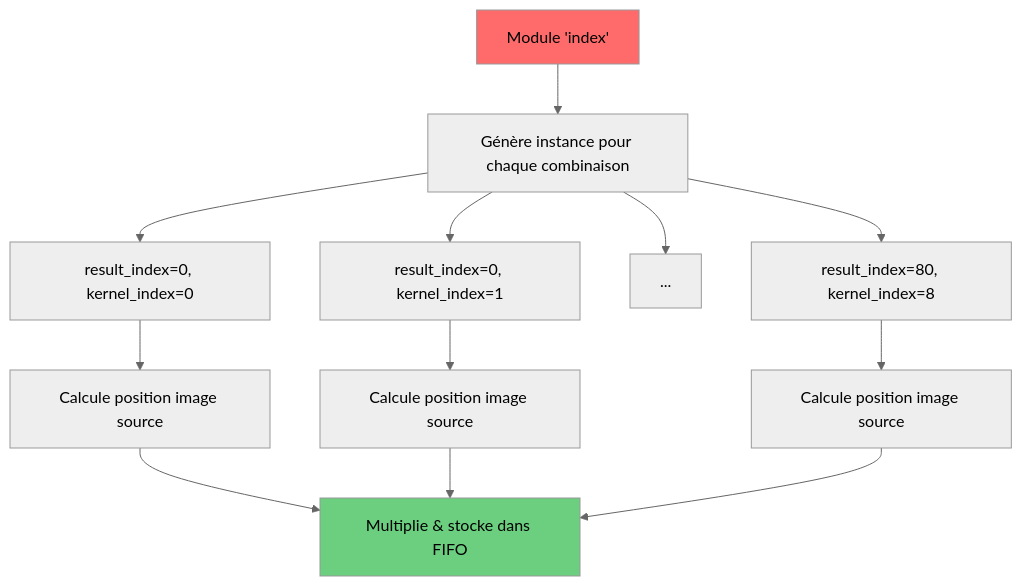
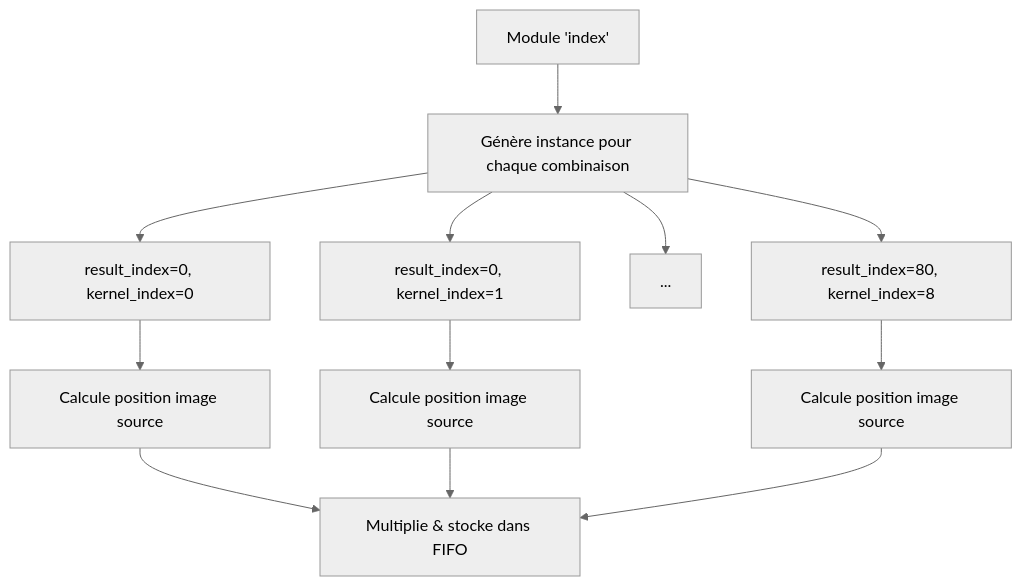
Before and after one commit to jalcim/logilib: diagram 13 of 14 in src/tensor/README_FR.md, drawn with Mermaid (neutral theme). The commit also changed other lines of this file and 1 other file, not shown here.

````diff
--- a/src/tensor/README_FR.md
+++ b/src/tensor/README_FR.md
@@ -341,19 +305,17 @@
 ```mermaid
 graph TD
     A[Module 'index'] --> B[Génère instance pour chaque combinaison]
     B --> C[result_index=0, kernel_index=0]
     B --> D[result_index=0, kernel_index=1]
     B --> E[...]
     B --> F[result_index=80, kernel_index=8]
 
     C --> G[Calcule position image source]
     D --> H[Calcule position image source]
     F --> I[Calcule position image source]
 
     G --> J[Multiplie & stocke dans FIFO]
     H --> J
     I --> J
 
-    style A fill:#ff6b6b
-    style J fill:#6bcf7f
 ```
````
